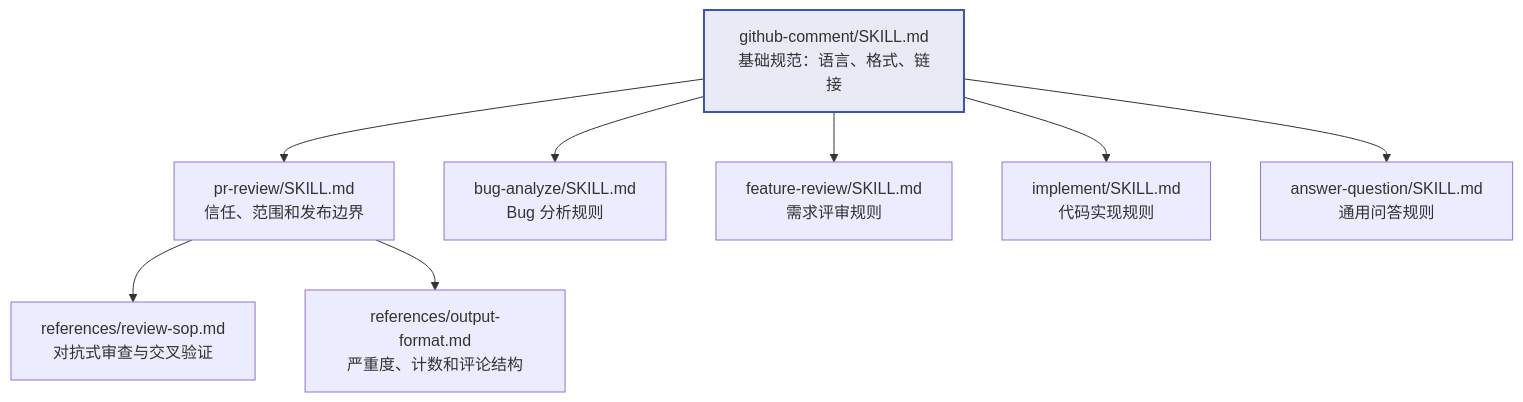
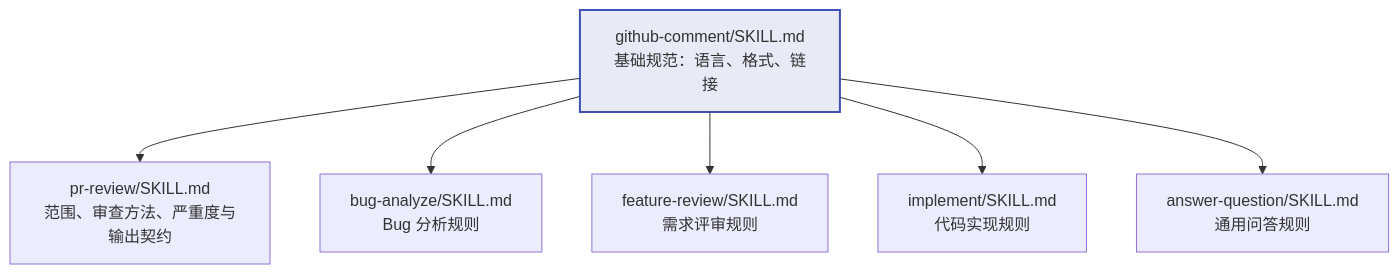
One commit to Lightspeed-Intelligence/agentic-workflow-template changed the seventh of 13 diagrams in docs/code-review-design.md. Above: the diagram before and after it, drawn with Mermaid. The commit also changed other lines of this file and 13 other files, not shown here.

````diff
--- a/docs/code-review-design.md
+++ b/docs/code-review-design.md
@@ -228,22 +228,18 @@
 ```mermaid
 graph TD
     base["github-comment/SKILL.md<br/>基础规范：语言、格式、链接"]
 
-    pr["pr-review/SKILL.md<br/>信任、范围和发布边界"]
-    sop["references/review-sop.md<br/>对抗式审查与交叉验证"]
-    fmt["references/output-format.md<br/>严重度、计数和评论结构"]
+    pr["pr-review/SKILL.md<br/>范围、审查方法、严重度与输出契约"]
     bug["bug-analyze/SKILL.md<br/>Bug 分析规则"]
     feat["feature-review/SKILL.md<br/>需求评审规则"]
     impl["implement/SKILL.md<br/>代码实现规则"]
     qa["answer-question/SKILL.md<br/>通用问答规则"]
 
     base --> pr
-    pr --> sop
-    pr --> fmt
     base --> bug
     base --> feat
     base --> impl
     base --> qa
 
     style base fill:#e8eaf6,stroke:#3F51B5,stroke-width:2px
 ```
````
